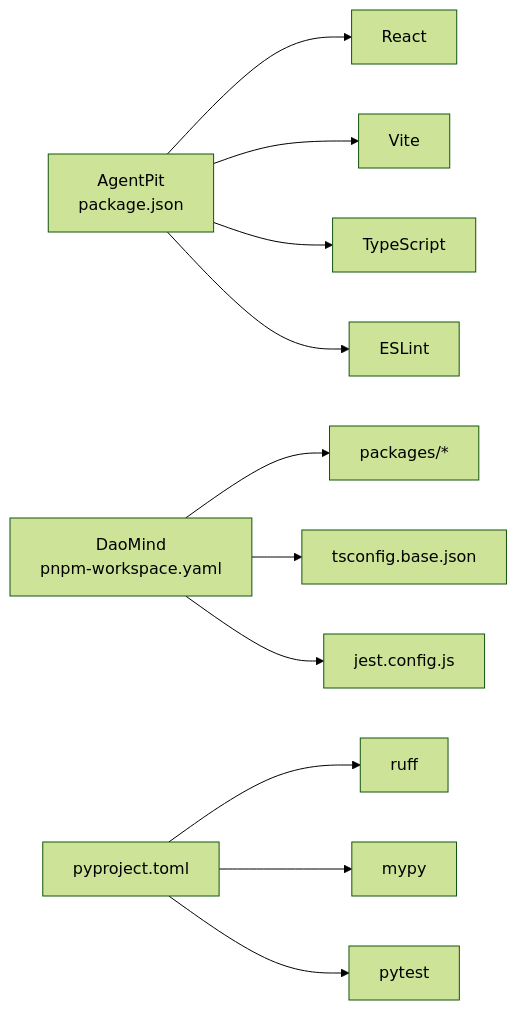
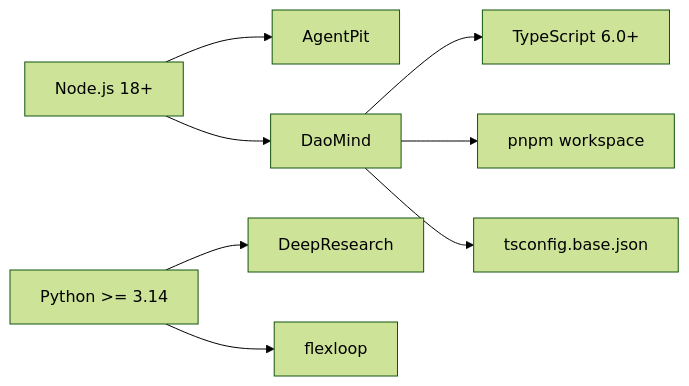
Before and after one commit to daoApps/daoApps: the ninth of 9 diagrams in .qoder/repowiki/zh/content/快速开始.md, drawn with Mermaid (forest theme). The commit also changed other lines of this file and 205 other files, not shown here.

````diff
--- a/.qoder/repowiki/zh/content/快速开始.md
+++ b/.qoder/repowiki/zh/content/快速开始.md
@@ -251,13 +287,10 @@
 ```mermaid
 graph LR
-AP["AgentPit<br/>package.json"] --> React["React"]
-AP --> Vite["Vite"]
-AP --> TS["TypeScript"]
-AP --> ESL["ESLint"]
-DM["DaoMind<br/>pnpm-workspace.yaml"] --> PKG["packages/*"]
-DM --> TSB["tsconfig.base.json"]
-DM --> JEST["jest.config.js"]
-PY["pyproject.toml"] --> RUFF["ruff"]
-PY --> MYPY["mypy"]
-PY --> PYTEST["pytest"]
+Node["Node.js 18+"] --> AP["AgentPit"]
+Node --> DM["DaoMind"]
+DM --> TS["TypeScript 6.0+"]
+DM --> PNPM["pnpm workspace"]
+DM --> TSBase["tsconfig.base.json"]
+Python["Python >= 3.14"] --> DR["DeepResearch"]
+Python --> FL["flexloop"]
 ```
````
